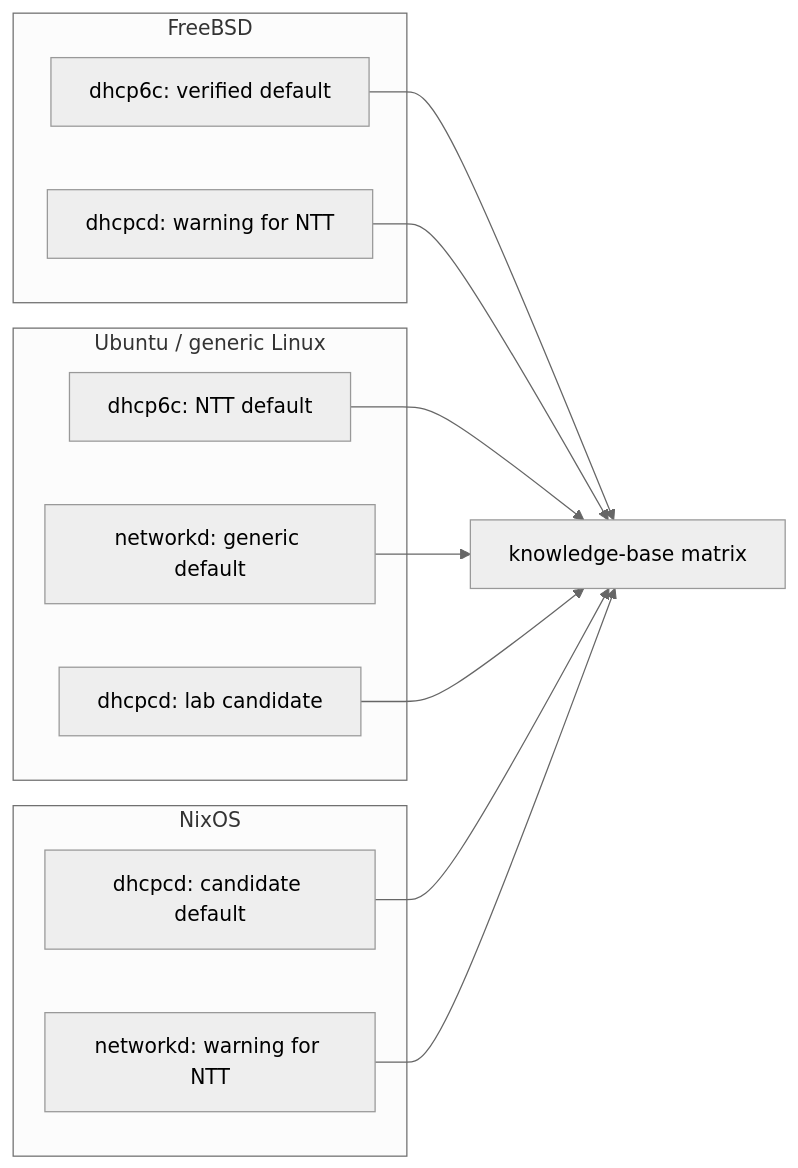
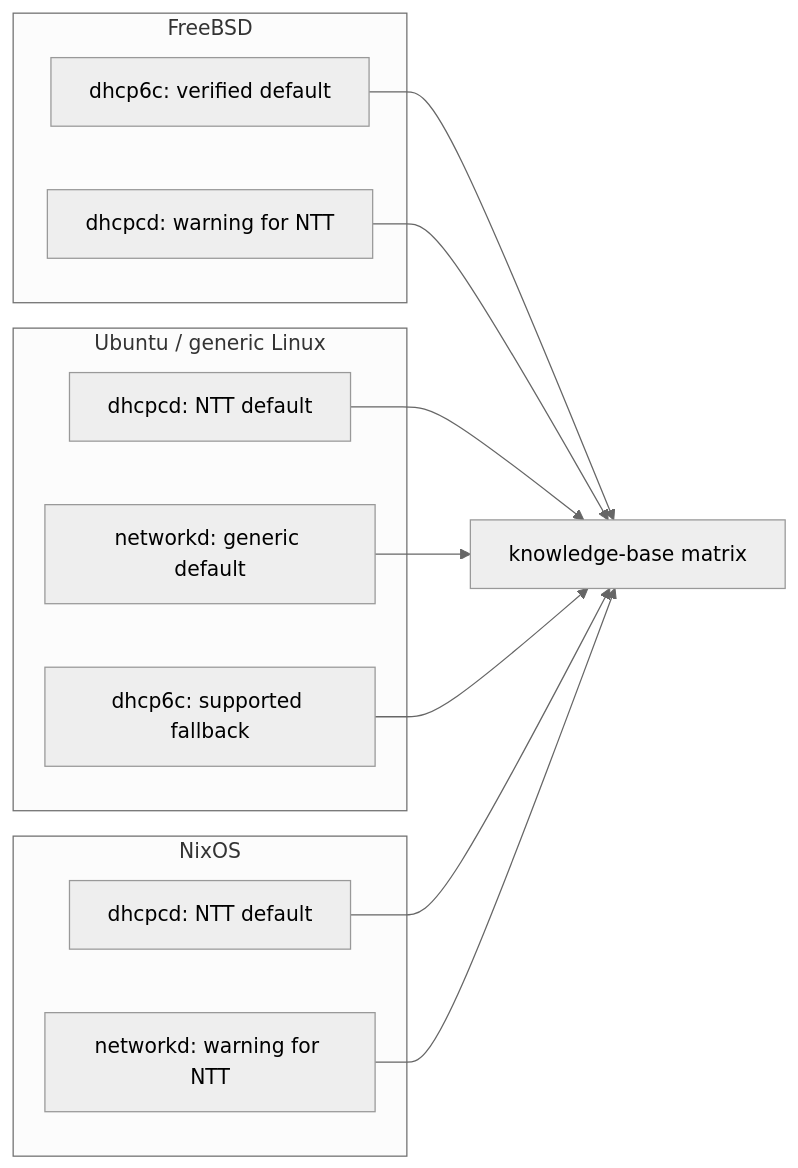
One commit to imksoo/routerd changed the second of 2 diagrams in docs/design-notes.md. Above: the diagram before and after it, drawn with Mermaid (neutral theme). The commit also changed other lines of this file and 14 other files, not shown here.

Commit message:
Default Linux NTT PD client to dhcpcd

````diff
--- a/docs/design-notes.md
+++ b/docs/design-notes.md
@@ -624,23 +624,23 @@
 ```mermaid
 flowchart LR
   subgraph FreeBSD
     F1[dhcp6c: verified default]
     F2[dhcpcd: warning for NTT]
   end
   subgraph UbuntuLinux["Ubuntu / generic Linux"]
-    L1[dhcp6c: NTT default]
+    L1[dhcpcd: NTT default]
     L2[networkd: generic default]
-    L3[dhcpcd: lab candidate]
+    L3[dhcp6c: supported fallback]
   end
   subgraph NixOS
-    N1[dhcpcd: candidate default]
+    N1[dhcpcd: NTT default]
     N2[networkd: warning for NTT]
   end
   F1 --> KB[knowledge-base matrix]
   F2 --> KB
   L1 --> KB
   L2 --> KB
   L3 --> KB
   N1 --> KB
   N2 --> KB
 ```
````
